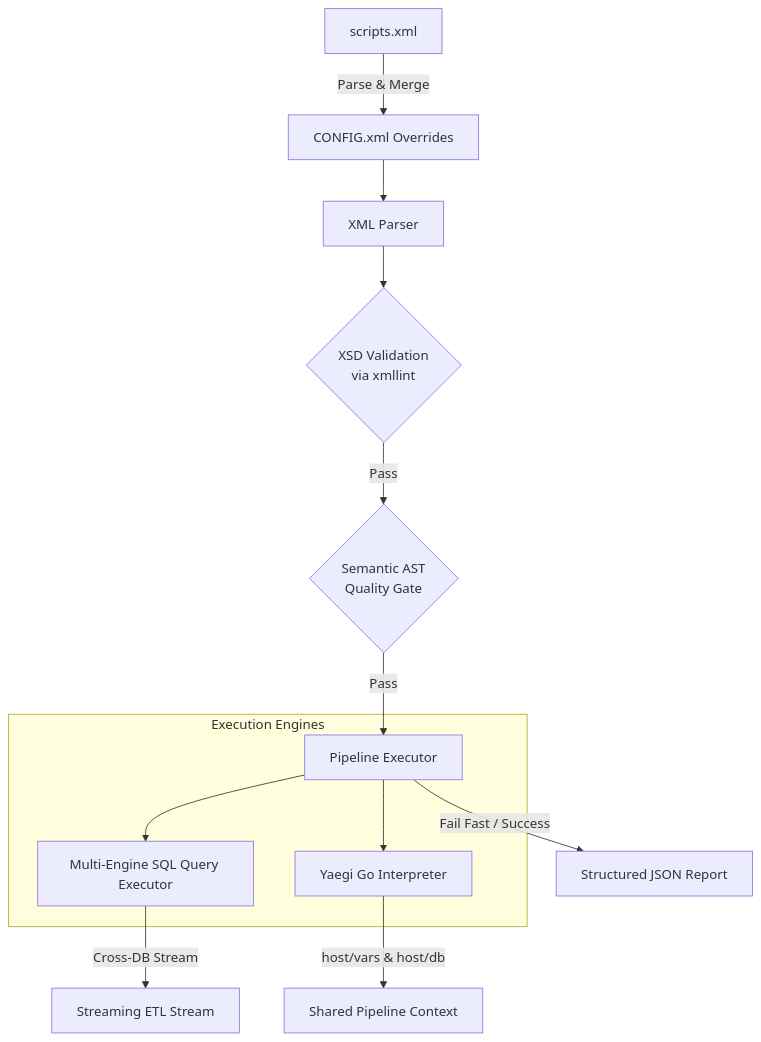
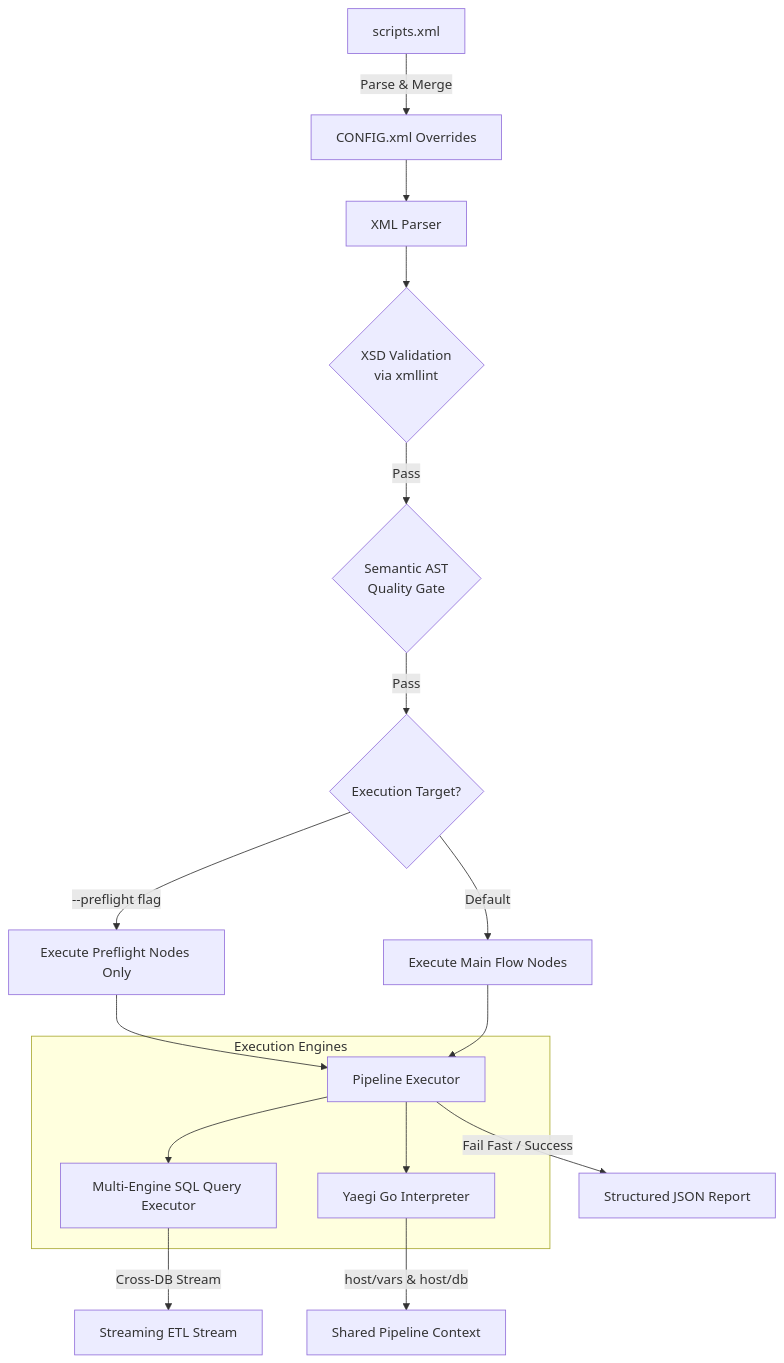
The first of 2 diagrams in README.md (etl-madness/go-flow), drawn with Mermaid before and after one commit. The commit also changed other lines of this file and 16 other files, not shown here.

Commit message:
feat: supporting preflight, and improved mermaid in autodocs

````diff
--- a/README.md
+++ b/README.md
@@ -32,18 +32,24 @@
 ```mermaid
 graph TD
     XML[scripts.xml] -->|Parse & Merge| Config[CONFIG.xml Overrides]
     Config --> Parse[XML Parser]
     Parse --> XSD{"XSD Validation <br/> via xmllint"}
     XSD -->|Pass| AST{"Semantic AST <br/> Quality Gate"}
-    AST -->|Pass| Exec[Pipeline Executor]
+    AST -->|Pass| Target{Execution Target?}
+    
+    Target -->|--preflight flag| RunPreflight[Execute Preflight Nodes Only]
+    Target -->|Default| RunFlow[Execute Main Flow Nodes]
+    
+    RunPreflight --> Exec[Pipeline Executor]
+    RunFlow --> Exec[Pipeline Executor]
     
     subgraph Engines ["Execution Engines"]
         Exec --> SQL[Multi-Engine SQL Query Executor]
         Exec --> Go[Yaegi Go Interpreter]
     end
 
     SQL -->|Cross-DB Stream| Stream[Streaming ETL Stream]
     Go -->|host/vars & host/db| Context[Shared Pipeline Context]
     
     Exec -->|Fail Fast / Success| Report[Structured JSON Report]
 ```
````
